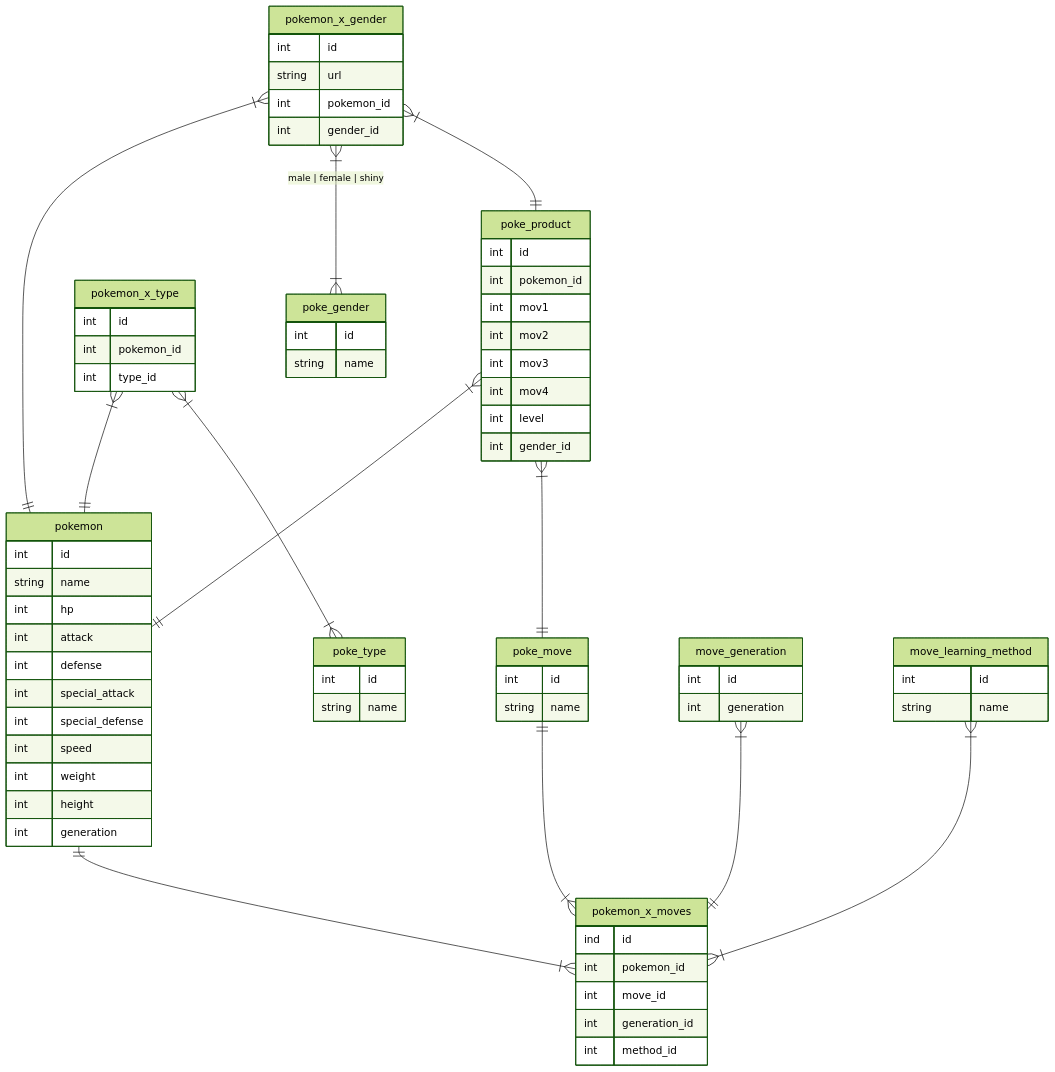
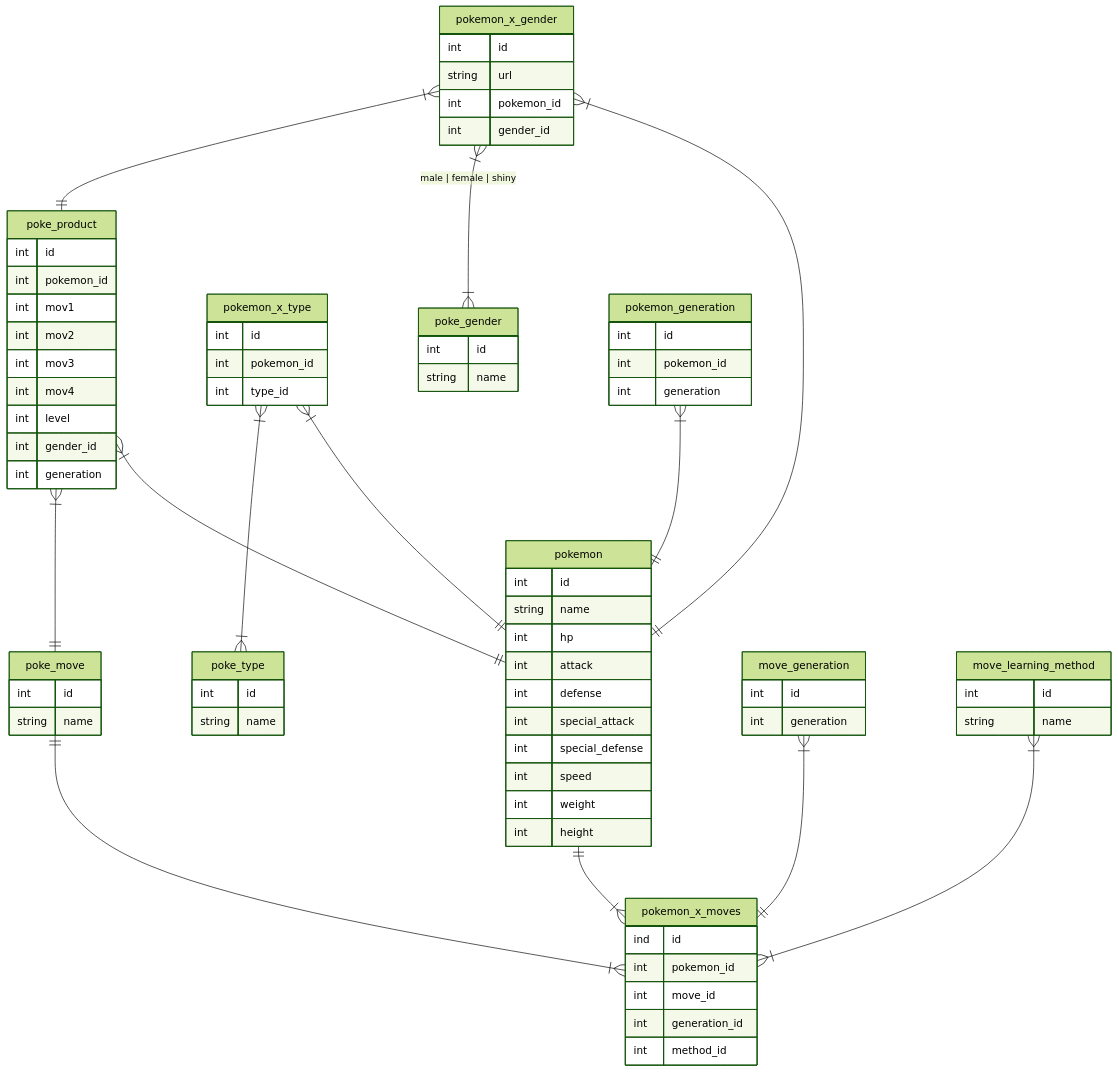
The diagram in backend/db/readme.md (AvocadoAguacate/PokeiMarket), drawn with Mermaid (forest theme) before and after one commit.

Commit message:
UPDATE diagram

````diff
--- a/backend/db/readme.md
+++ b/backend/db/readme.md
@@ -5,76 +5,82 @@
 ```mermaid
 erDiagram
     pokemon {
         int id
         string name
         int hp
         int attack
         int defense
         int special_attack
         int special_defense
         int speed
         int weight
         int height
-        int generation 
     }
     poke_move {
         int id
         string name
     }
     pokemon_x_moves {
         ind id
         int pokemon_id
         int move_id
         int generation_id
         int method_id
     }
     pokemon ||--|{ pokemon_x_moves:""
     poke_move ||--|{ pokemon_x_moves:""
     
     poke_product {
         int id
         int pokemon_id
         int mov1
         int mov2
         int mov3
         int mov4
         int level
         int gender_id
+        int generation 
     }
     poke_product }|--|| pokemon:""
     poke_product }|--|| poke_move:""
     poke_type{
         int id
         string name
     }
     pokemon_x_type {
         int id
         int pokemon_id
         int type_id
     }
     pokemon_x_type }|--|| pokemon:""
     pokemon_x_type }|--|{ poke_type:""
     poke_gender {
         int id
         string name
     }
     pokemon_x_gender {
         int id
         string url
         int pokemon_id
         int gender_id
     }
     pokemon_x_gender }|--|| pokemon:""
     pokemon_x_gender }|--|{ poke_gender:"male | female | shiny"
     pokemon_x_gender }|--|| poke_product:""
     move_generation {
         int id
         int generation
     }
     move_learning_method {
         int id
         string name
     }
     move_generation }|--|| pokemon_x_moves:""
     move_learning_method }|--|{ pokemon_x_moves:""
+    pokemon_generation{
+        int id
+        int pokemon_id
+        int generation
+    }
+    pokemon_generation }|--|| pokemon:""
 ```
````
